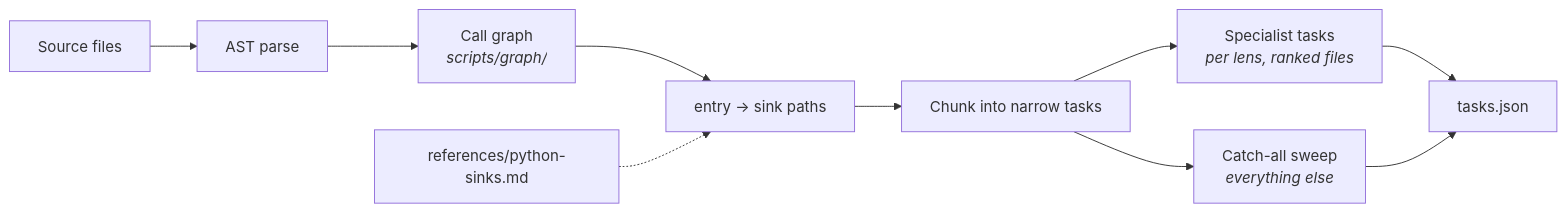
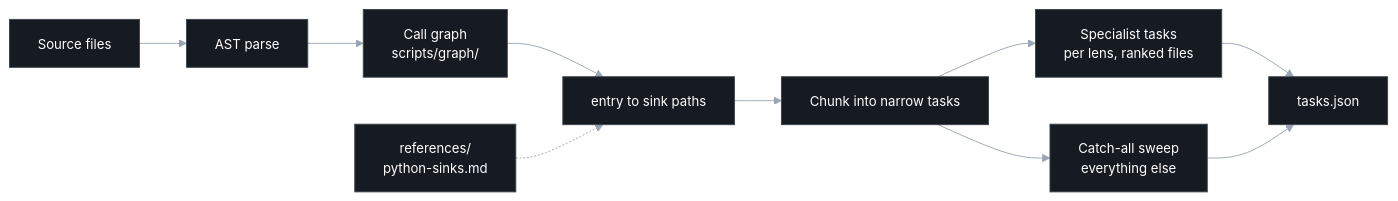
The sixth of 16 diagrams in docs/ARCHITECTURE.md (0xsharz/pyhunt), drawn with Mermaid before and after one commit. The commit also changed other lines of this file and 1 other file, not shown here.

````diff
--- a/docs/ARCHITECTURE.md
+++ b/docs/ARCHITECTURE.md
@@ -206,12 +226,16 @@
 ```mermaid
+%%{init: {"theme":"base","themeVariables":{"background":"#0d1117","primaryColor":"#161b22","primaryTextColor":"#ffffff","primaryBorderColor":"#3d444d","lineColor":"#9aa4b2","secondaryColor":"#1c2128","tertiaryColor":"#21262d","mainBkg":"#161b22","textColor":"#ffffff","nodeTextColor":"#ffffff","edgeLabelBackground":"#161b22","fontSize":"14px"}}}%%
 flowchart LR
     SRC["Source files"] --> AST["AST parse"]
-    AST --> CG["Call graph<br/><i>scripts/graph/</i>"]
-    CG --> PATHS["entry → sink paths"]
-    SINKS["references/python-sinks.md"] -.-> PATHS
+    AST --> CG["Call graph<br/>scripts/graph/"]
+    CG --> PATHS["entry to sink paths"]
+    SINKS["references/<br/>python-sinks.md"] -.-> PATHS
     PATHS --> CHUNK["Chunk into narrow tasks"]
-    CHUNK --> SPEC["Specialist tasks<br/><i>per lens, ranked files</i>"]
-    CHUNK --> CATCH["Catch-all sweep<br/><i>everything else</i>"]
+    CHUNK --> SPEC["Specialist tasks<br/>per lens, ranked files"]
+    CHUNK --> CATCH["Catch-all sweep<br/>everything else"]
     SPEC --> TJ["tasks.json"]
     CATCH --> TJ
+
+    classDef base fill:#161b22,stroke:#3d444d,color:#ffffff
+    class SRC,AST,CG,PATHS,SINKS,CHUNK,SPEC,CATCH,TJ base
 ```
````
